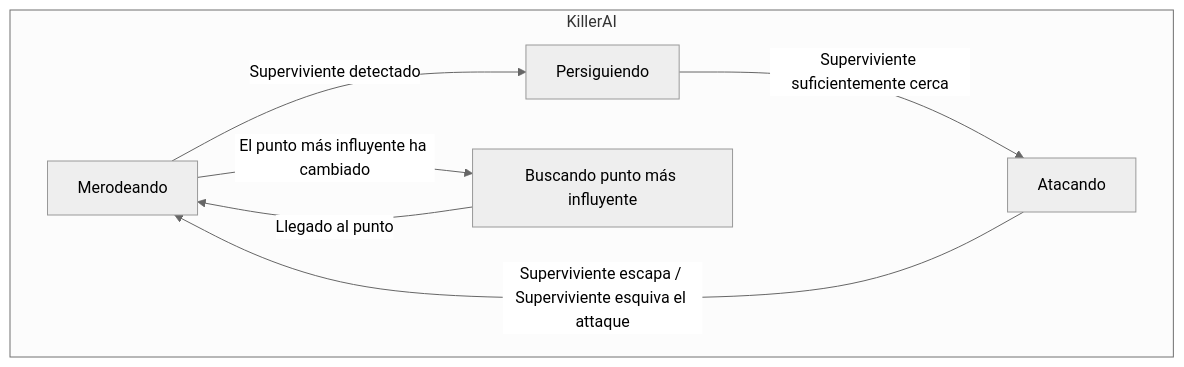
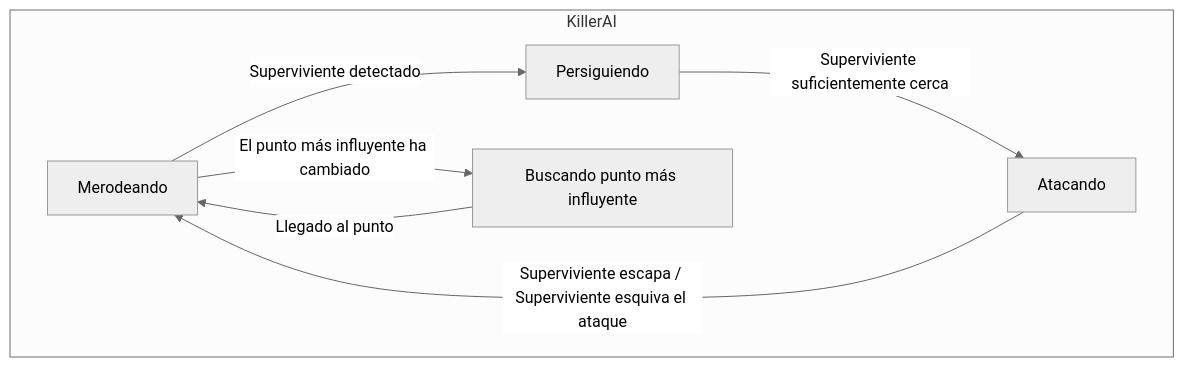
Before and after one commit to IAV24-Qin-Wen/ProyectoFinal: the first of 2 diagrams in README.md, drawn with Mermaid (neutral theme). The commit also changed other lines of this file, not shown here.

````diff
--- a/README.md
+++ b/README.md
@@ -108,15 +110,15 @@
 ```mermaid
 graph TD;
     subgraph KillerAI
         H[Merodeando]
         I[Persiguiendo]
         J[Atacando]
         K[Buscando punto más influyente]
     
         H -->|Superviviente detectado| I
         H -->|El punto más influyente ha cambiado| K
         K -->|Llegado al punto| H
         I -->|Superviviente suficientemente cerca| J
-        J -->|Superviviente escapa / Superviviente esquiva el attaque| H
+        J -->|Superviviente escapa / Superviviente esquiva el ataque| H
     end
 ```
````
